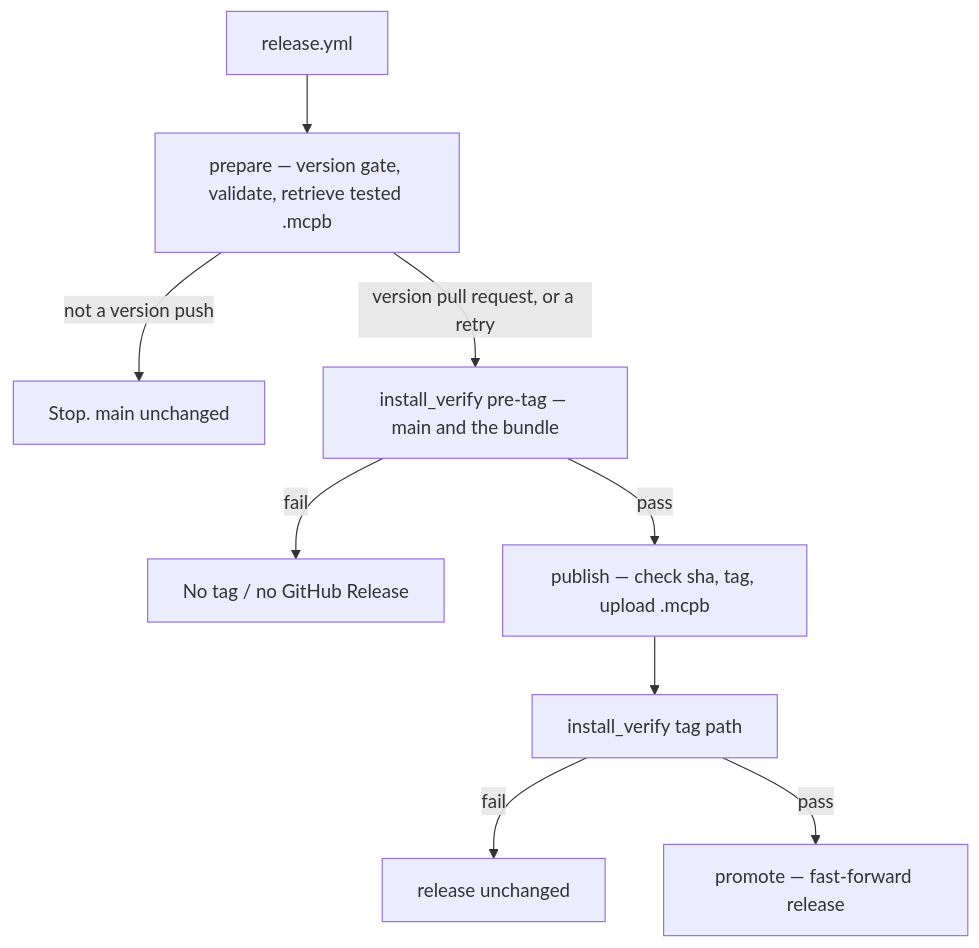
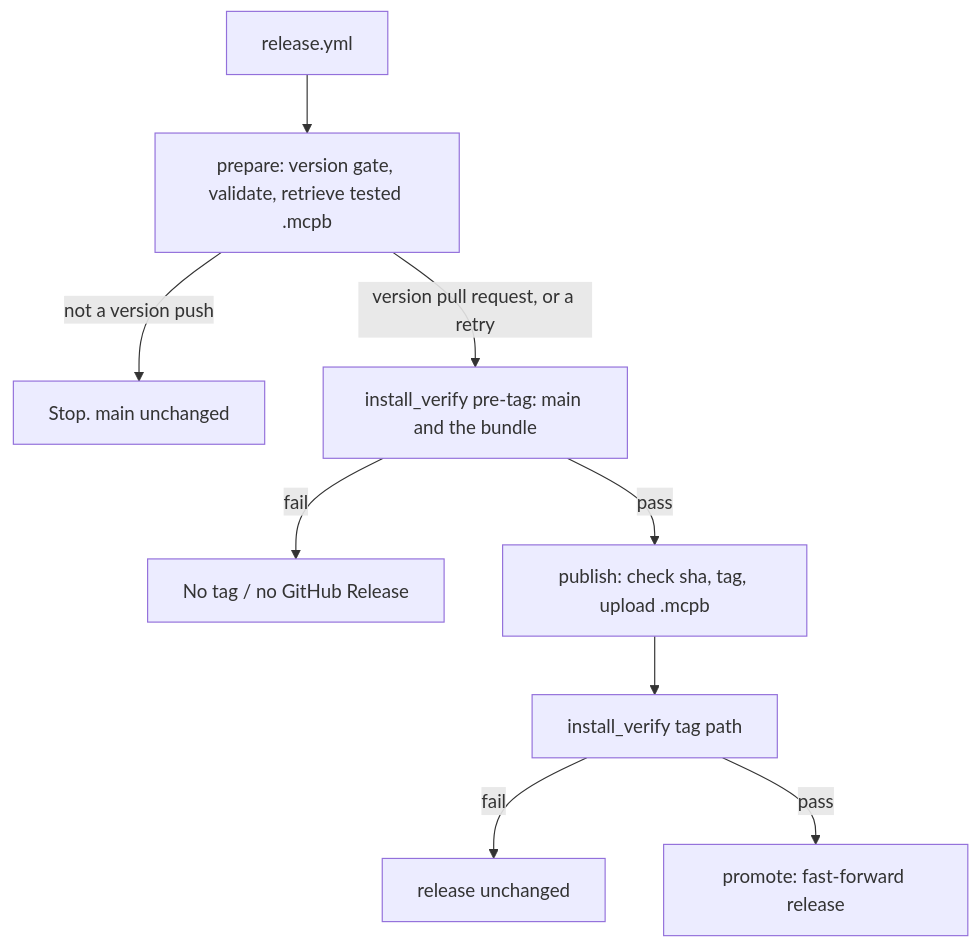
The diagram in MAINTAINING.md (CREATeNG/freecad-mcp-bridge), drawn with Mermaid before and after one commit. The commit also changed other lines of this file and 11 other files, not shown here.

````diff
--- a/MAINTAINING.md
+++ b/MAINTAINING.md
@@ -103,12 +103,12 @@
 ```mermaid
 flowchart TD
   R[release.yml]
-  R --> prep[prepare — version gate, validate, retrieve tested .mcpb]
+  R --> prep[prepare: version gate, validate, retrieve tested .mcpb]
   prep -->|not a version push| skip[Stop. main unchanged]
-  prep -->|version pull request, or a retry| verify[install_verify pre-tag — main and the bundle]
+  prep -->|version pull request, or a retry| verify[install_verify pre-tag: main and the bundle]
   verify -->|fail| stop[No tag / no GitHub Release]
-  verify -->|pass| pub[publish — check sha, tag, upload .mcpb]
+  verify -->|pass| pub[publish: check sha, tag, upload .mcpb]
   pub --> postverify[install_verify tag path]
   postverify -->|fail| stop2[release unchanged]
-  postverify -->|pass| promote[promote — fast-forward release]
+  postverify -->|pass| promote[promote: fast-forward release]
 ```
````
